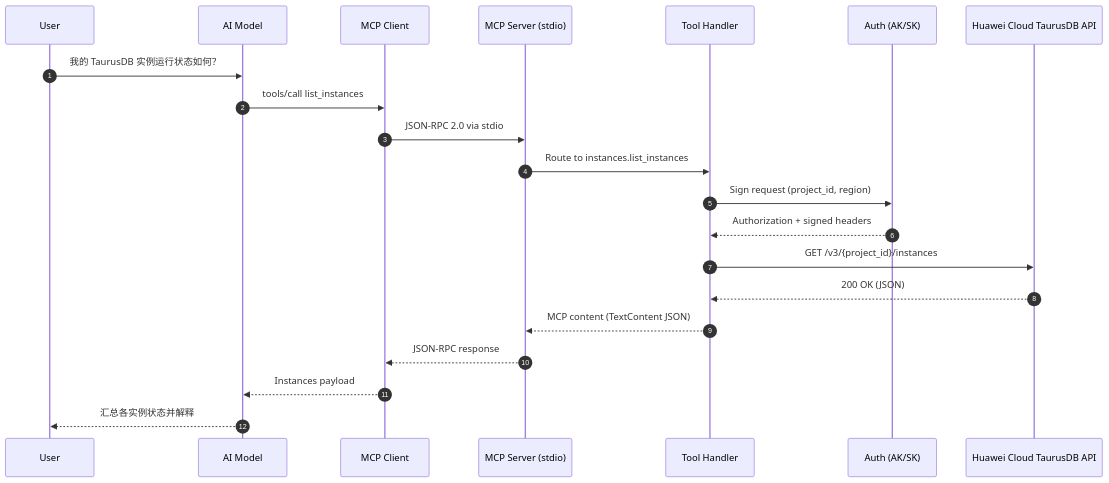
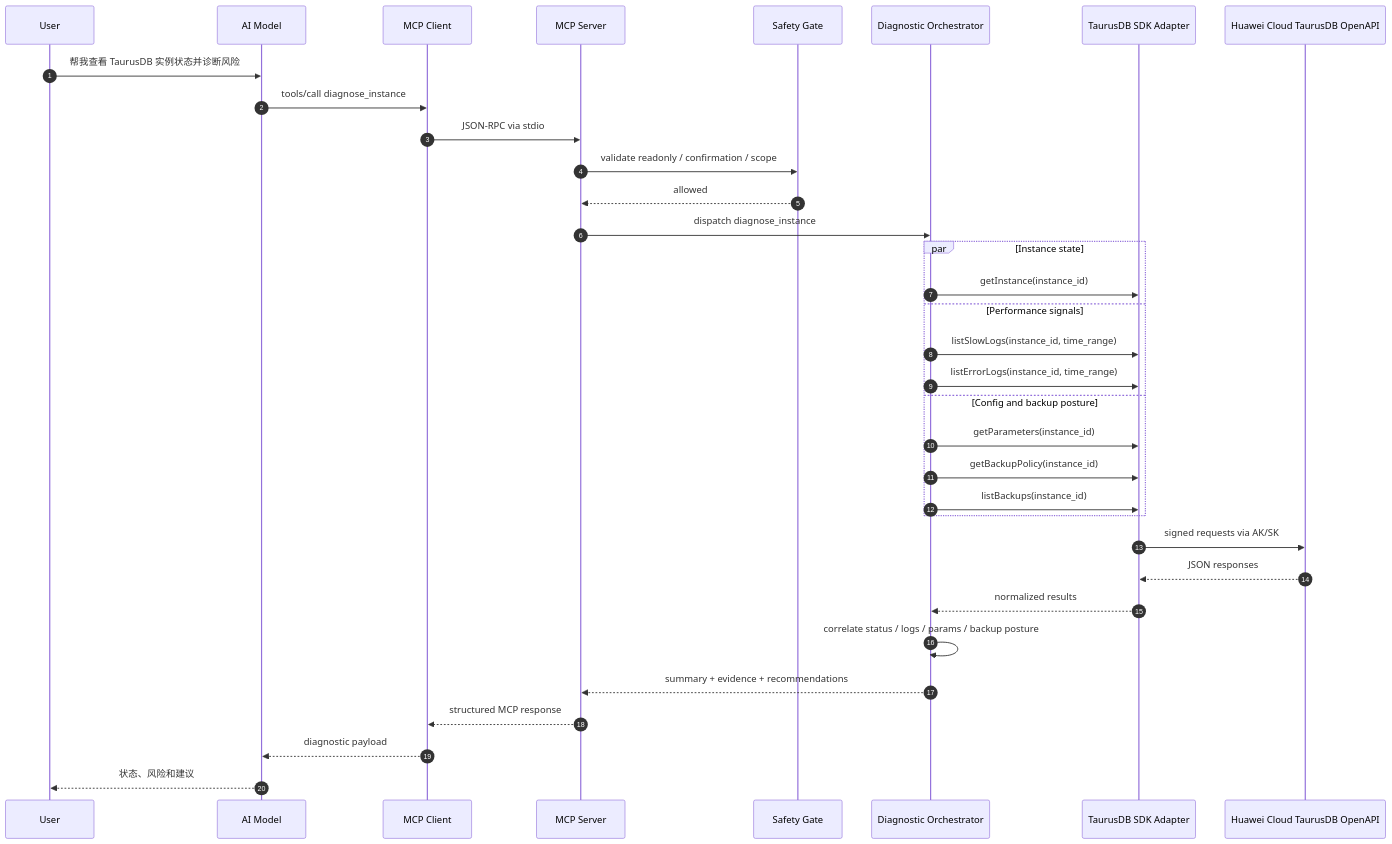
The second of 3 diagrams in docs/projects/taurus-mcp-server/taurusdb-architecture.md (youweichen0208/blog), drawn with Mermaid before and after one commit. The commit also changed other lines of this file and 1 other file, not shown here.

````diff
--- a/docs/projects/taurus-mcp-server/taurusdb-architecture.md
+++ b/docs/projects/taurus-mcp-server/taurusdb-architecture.md
@@ -111,24 +119,40 @@
 ```mermaid
-sequenceDiagram
-  autonumber
-  participant U as User
-  participant AI as AI Model
-  participant MC as MCP Client
-  participant MS as MCP Server (stdio)
-  participant TH as Tool Handler
-  participant AU as Auth (AK/SK)
-  participant API as Huawei Cloud TaurusDB API
+  sequenceDiagram
+    autonumber
+    participant U as User
+    participant AI as AI Model
+    participant MC as MCP Client
+    participant MS as MCP Server
+    participant SG as Safety Gate
+    participant DX as Diagnostic Orchestrator
+  participant SDK as TaurusDB SDK Adapter
+  participant API as Huawei Cloud TaurusDB OpenAPI
 
-  U->>AI: 我的 TaurusDB 实例运行状态如何？
-  AI->>MC: tools/call list_instances
-  MC->>MS: JSON-RPC 2.0 via stdio
-  MS->>TH: Route to instances.list_instances
-  TH->>AU: Sign request (project_id, region)
-  AU-->>TH: Authorization + signed headers
-  TH->>API: GET /v3/{project_id}/instances
-  API-->>TH: 200 OK (JSON)
-  TH-->>MS: MCP content (TextContent JSON)
-  MS-->>MC: JSON-RPC response
-  MC-->>AI: Instances payload
-  AI-->>U: 汇总各实例状态并解释
+  U->>AI: 帮我查看 TaurusDB 实例状态并诊断风险
+  AI->>MC: tools/call diagnose_instance
+  MC->>MS: JSON-RPC via stdio
+  MS->>SG: validate readonly / confirmation / scope
+  SG-->>MS: allowed
+  MS->>DX: dispatch diagnose_instance
+
+  par Instance state
+    DX->>SDK: getInstance(instance_id)
+  and Performance signals
+    DX->>SDK: listSlowLogs(instance_id, time_range)
+    DX->>SDK: listErrorLogs(instance_id, time_range)
+  and Config and backup posture
+    DX->>SDK: getParameters(instance_id)
+    DX->>SDK: getBackupPolicy(instance_id)
+    DX->>SDK: listBackups(instance_id)
+  end
+
+  SDK->>API: signed requests via AK/SK
+  API-->>SDK: JSON responses
+    SDK-->>DX: normalized results
+
+    DX->>DX: correlate status / logs / params / backup posture
+    DX-->>MS: summary + evidence + recommendations
+    MS-->>MC: structured MCP response
+    MC-->>AI: diagnostic payload
+    AI-->>U: 状态、风险和建议
 ```
````
